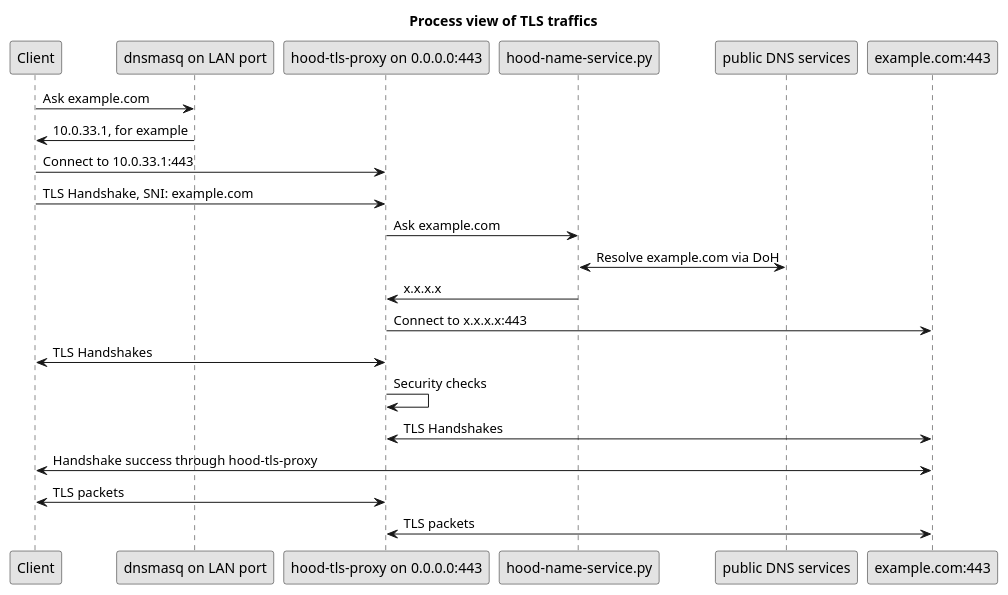
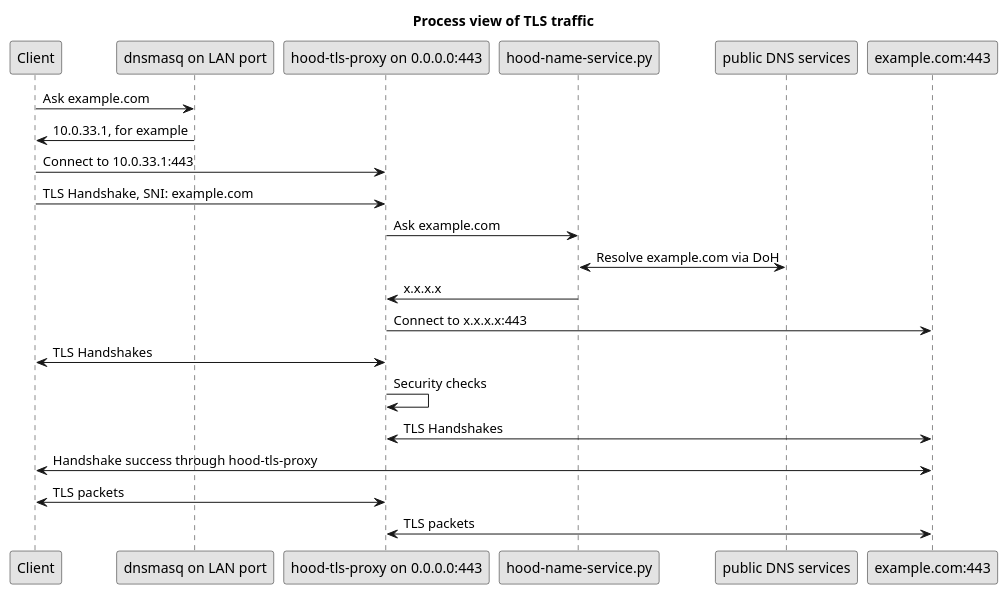
The diagram in paper/graphics/puml/process-tls-traffic.puml (YongBinnnnnnnnnnnnnnnnnnnnnnnnnnnnnnnnn/hood), drawn with PlantUML before and after one commit. The commit also changed 8 other files, not shown here.

Commit message:
paper: fix typo in graph and update pdf

```diff
--- a/paper/graphics/puml/process-tls-traffic.puml
+++ b/paper/graphics/puml/process-tls-traffic.puml
@@ -1,33 +1,33 @@
 @startuml
 
 skinparam monochrome true
 skinparam shadowing false
 skinparam defaultFontName Arial
 skinparam componentStyle rectangle
 
-title Process view of TLS traffics
+title Process view of TLS traffic
 
 participant "Client" as CLIENT
 participant "dnsmasq on LAN port" as DNSLAN
 participant "hood-tls-proxy on 0.0.0.0:443" as HOODTLS
 participant "hood-name-service.py" as HOODNAME
 participant "public DNS services" as PUBDNS
 participant "example.com:443" as HTTP
 
 CLIENT -> DNSLAN: Ask example.com
 DNSLAN -> CLIENT: 10.0.33.1, for example
 CLIENT -> HOODTLS: Connect to 10.0.33.1:443
 CLIENT -> HOODTLS: TLS Handshake, SNI: example.com
 HOODTLS -> HOODNAME: Ask example.com
 HOODNAME <-> PUBDNS: Resolve example.com via DoH
 HOODNAME -> HOODTLS: x.x.x.x
 HOODTLS -> HTTP: Connect to x.x.x.x:443
 HOODTLS <-> CLIENT: TLS Handshakes
 HOODTLS -> HOODTLS: Security checks
 HOODTLS <-> HTTP: TLS Handshakes
 CLIENT <-> HTTP: Handshake success through hood-tls-proxy
 HOODTLS <-> CLIENT: TLS packets
 HOODTLS <-> HTTP: TLS packets
 
 
 @enduml
```
